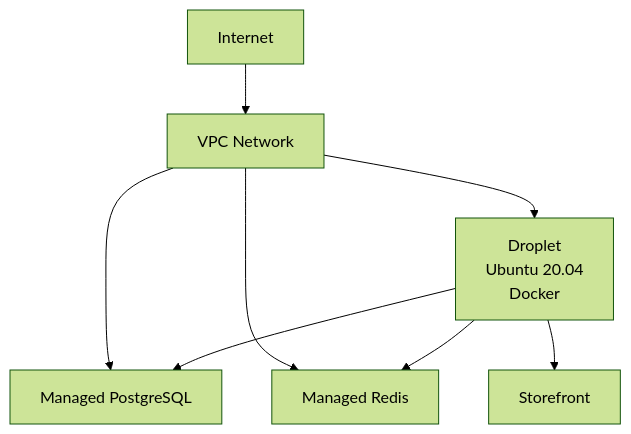
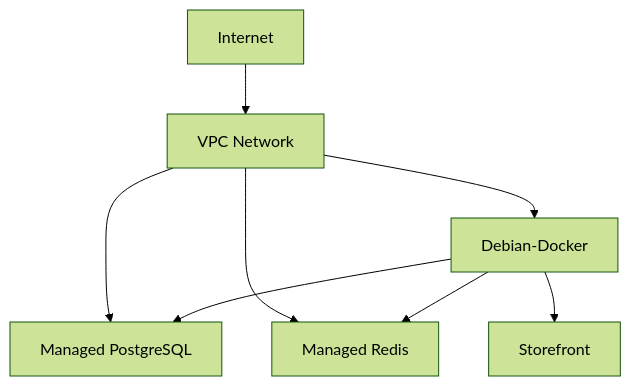
Before and after one commit to Boximity-Dev/devops-demo: the diagram in README.md, drawn with Mermaid (forest theme). The commit also changed other lines of this file, not shown here.

Commit message:
updates to readme

````diff
--- a/README.md
+++ b/README.md
@@ -20,17 +22,17 @@
 ```mermaid
-graph TD
+graph TD;
     Internet[Internet]
     VPC[VPC Network]
-    Droplet[Droplet\nUbuntu 20.04\nDocker]
+    Droplet[Debian-Docker]
     Postgres[Managed PostgreSQL]
     Redis[Managed Redis]
     Storefront[Storefront]
 
     Internet --> VPC
     VPC --> Droplet
     VPC --> Postgres
     VPC --> Redis
     Droplet --> Postgres
     Droplet --> Redis
     Droplet --> Storefront
 ```
````
